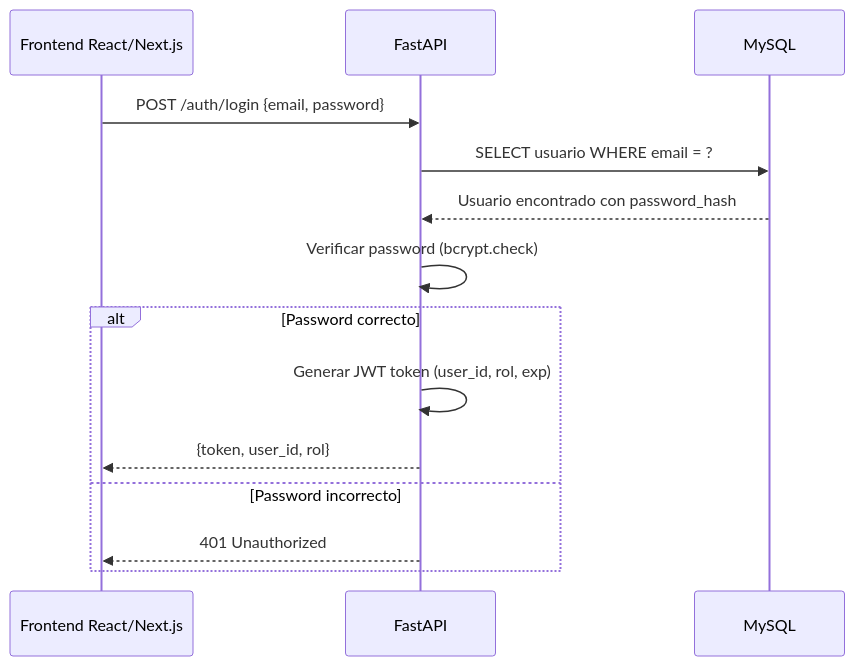
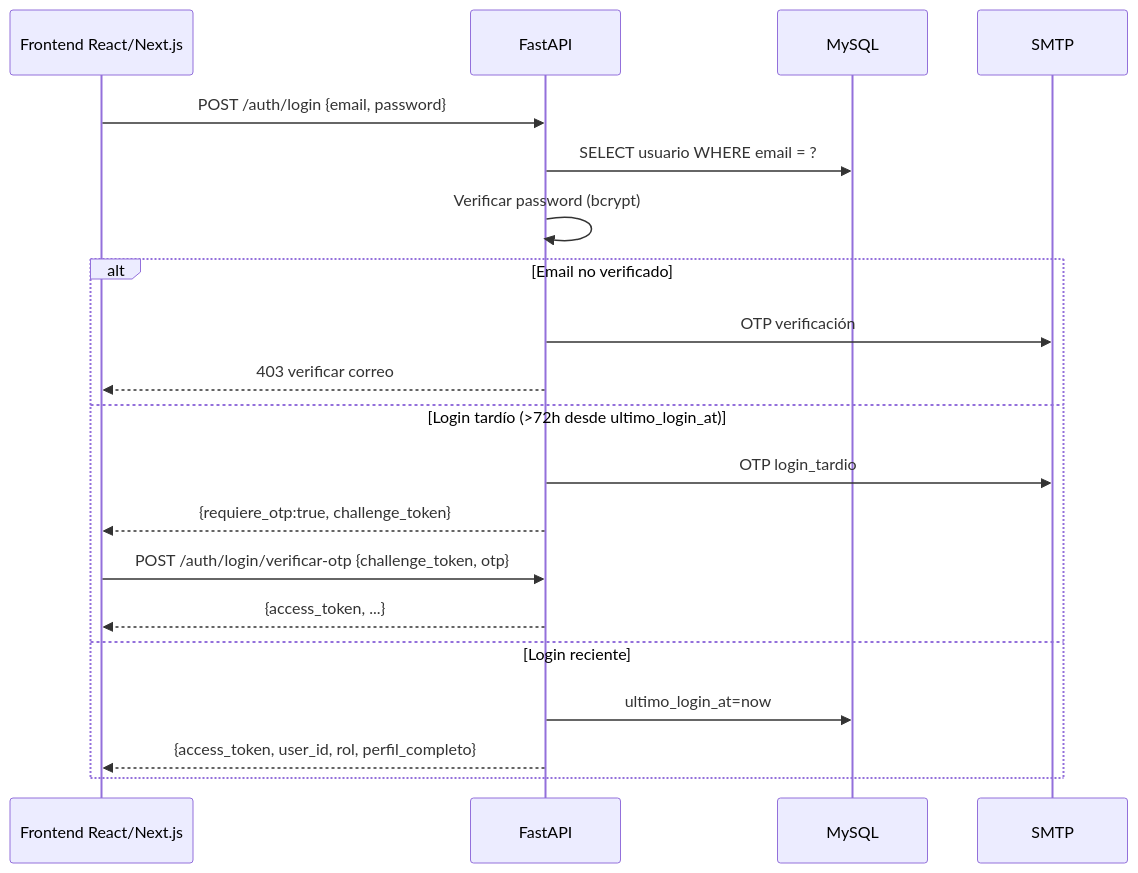
The second of 7 diagrams in ImportacionesQ8V/Backend/Autenticacion.md (JuanEstebanAstaiza/ImportacionesQ8), drawn with Mermaid before and after one commit. The commit also changed other lines of this file and 23 other files, not shown here.

````diff
--- a/ImportacionesQ8V/Backend/Autenticacion.md
+++ b/ImportacionesQ8V/Backend/Autenticacion.md
@@ -52,17 +60,23 @@
 ```mermaid
 sequenceDiagram
     participant Cliente as Frontend React/Next.js
     participant API as FastAPI
     participant DB as MySQL
+    participant SMTP as SMTP
 
     Cliente->>API: POST /auth/login {email, password}
     API->>DB: SELECT usuario WHERE email = ?
-    DB-->>API: Usuario encontrado con password_hash
-    API->>API: Verificar password (bcrypt.check)
-    alt Password correcto
-        API->>API: Generar JWT token (user_id, rol, exp)
-        API-->>Cliente: {token, user_id, rol}
-    else Password incorrecto
-        API-->>Cliente: 401 Unauthorized
+    API->>API: Verificar password (bcrypt)
+    alt Email no verificado
+        API->>SMTP: OTP verificación
+        API-->>Cliente: 403 verificar correo
+    else Login tardío (>72h desde ultimo_login_at)
+        API->>SMTP: OTP login_tardio
+        API-->>Cliente: {requiere_otp:true, challenge_token}
+        Cliente->>API: POST /auth/login/verificar-otp {challenge_token, otp}
+        API-->>Cliente: {access_token, ...}
+    else Login reciente
+        API->>DB: ultimo_login_at=now
+        API-->>Cliente: {access_token, user_id, rol, perfil_completo}
     end
 ```
````
